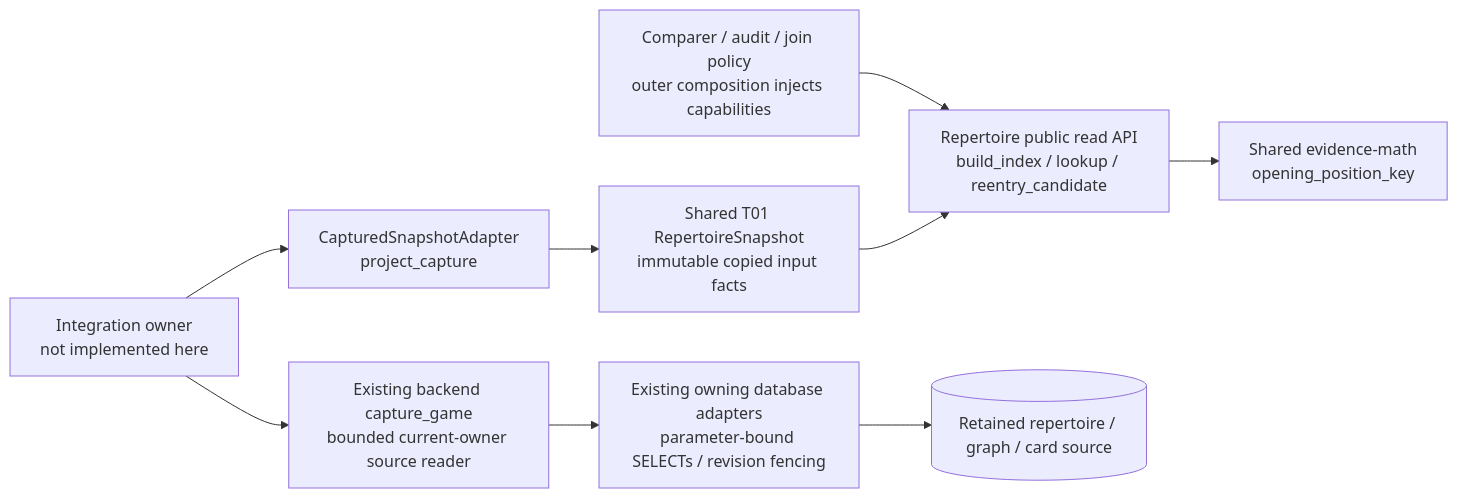
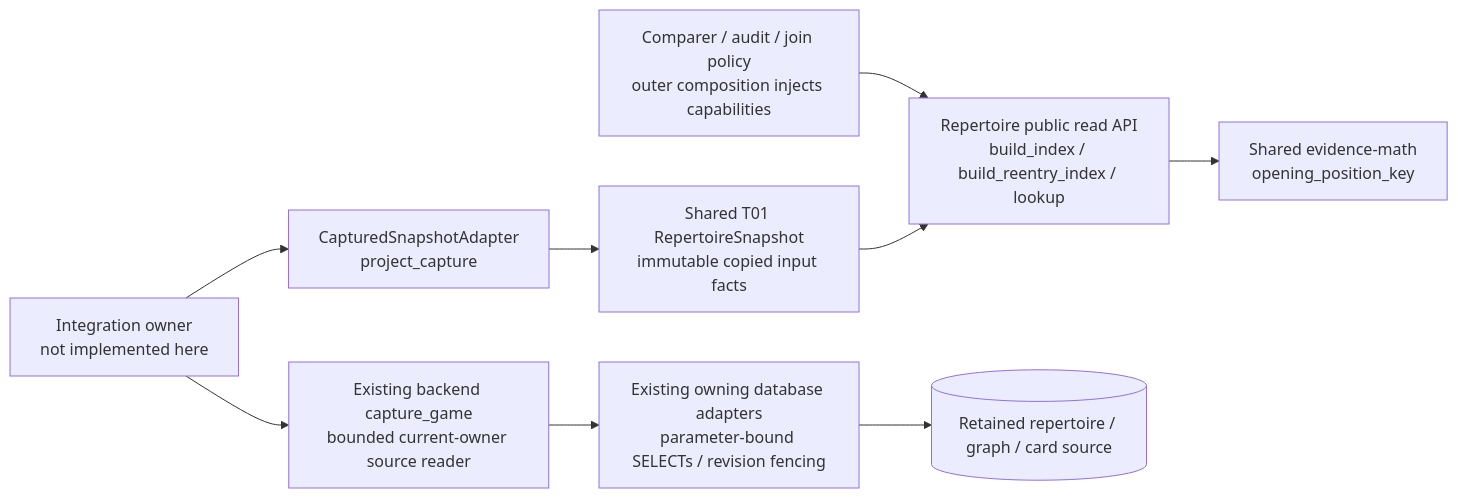
The first of 3 diagrams in backend/app/repertoire/README.md (aaweaver-actuary/tempo), drawn with Mermaid before and after one commit. The commit also changed other lines of this file and 7 other files, not shown here.

Commit message:
Only build comparison indexes for explicit reentry authority

````diff
--- a/backend/app/repertoire/README.md
+++ b/backend/app/repertoire/README.md
@@ -41,11 +46,11 @@
 ```mermaid
 flowchart LR
-  Caller["Comparer / audit / join policy\nouter composition injects capabilities"] --> API["Repertoire public read API\nbuild_index / lookup / reentry_candidate"]
+  Caller["Comparer / audit / join policy\nouter composition injects capabilities"] --> API["Repertoire public read API\nbuild_index / build_reentry_index / lookup"]
   DTO["Shared T01 RepertoireSnapshot\nimmutable copied input facts"] --> API
   API --> Math["Shared evidence-math\nopening_position_key"]
   Compose["Integration owner\nnot implemented here"] --> Adapter["CapturedSnapshotAdapter\nproject_capture"]
   Adapter --> DTO
   Compose --> Capture["Existing backend capture_game\nbounded current-owner source reader"]
   Capture --> DB["Existing owning database adapters\nparameter-bound SELECTs / revision fencing"]
   DB --> Store[("Retained repertoire / graph / card source")]
 ```
````
